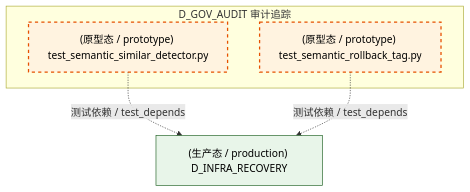
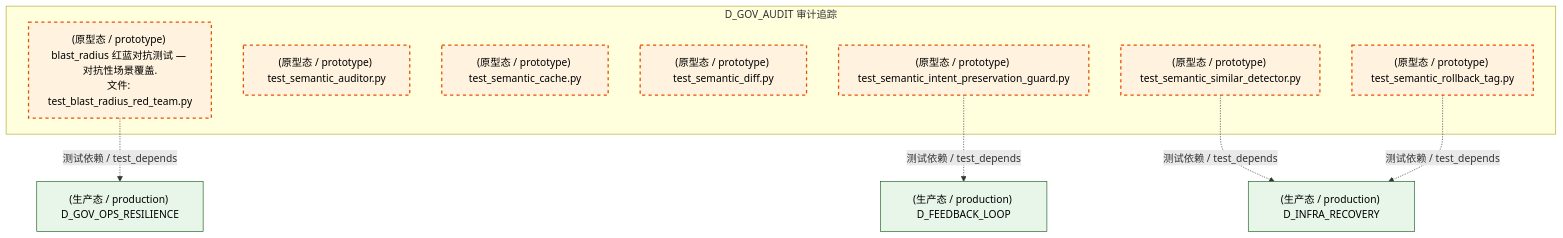
The tenth of 14 diagrams in docs/02_enterprise_architecture/02_domain_architecture_docs/39_d_gov_audit.md (xuanFelixVan/ZephyrAlpha), drawn with Mermaid before and after one commit. The commit also changed other lines of this file and 126 other files, not shown here.

````diff
--- a/docs/02_enterprise_architecture/02_domain_architecture_docs/39_d_gov_audit.md
+++ b/docs/02_enterprise_architecture/02_domain_architecture_docs/39_d_gov_audit.md
@@ -954,16 +964,25 @@
 ```mermaid
 graph TD
     subgraph D_GOV_AUDIT["D_GOV_AUDIT 审计追踪"]
+        tests_semantic_auditor_test_blast_radius_red_team_py["(原型态 / prototype) blast_radius 红蓝对抗测试 — 对抗性场景覆盖.<br/>文件: test_blast_radius_red_team.py"]
+        tests_semantic_auditor_test_semantic_auditor_py["(原型态 / prototype) test_semantic_auditor.py"]
+        tests_semantic_auditor_test_semantic_cache_py["(原型态 / prototype) test_semantic_cache.py"]
+        tests_semantic_auditor_test_semantic_diff_py["(原型态 / prototype) test_semantic_diff.py"]
+        tests_semantic_auditor_test_semantic_intent_preservation_guard_py["(原型态 / prototype) test_semantic_intent_preservation_guard.py"]
         tests_semantic_auditor_test_semantic_rollback_tag_py["(原型态 / prototype) test_semantic_rollback_tag.py"]
         tests_semantic_auditor_test_semantic_similar_detector_py["(原型态 / prototype) test_semantic_similar_detector.py"]
     end
+    D_GOV_OPS_RESILIENCE["(生产态 / production) D_GOV_OPS_RESILIENCE"]
+    tests_semantic_auditor_test_blast_radius_red_team_py -.->|测试依赖 / test_depends| D_GOV_OPS_RESILIENCE
+    D_FEEDBACK_LOOP["(生产态 / production) D_FEEDBACK_LOOP"]
+    tests_semantic_auditor_test_semantic_intent_preservation_guard_py -.->|测试依赖 / test_depends| D_FEEDBACK_LOOP
     D_INFRA_RECOVERY["(生产态 / production) D_INFRA_RECOVERY"]
     tests_semantic_auditor_test_semantic_similar_detector_py -.->|测试依赖 / test_depends| D_INFRA_RECOVERY
     tests_semantic_auditor_test_semantic_rollback_tag_py -.->|测试依赖 / test_depends| D_INFRA_RECOVERY
     classDef production fill:#e1f5fe,stroke:#01579b,stroke-width:2px,color:#000
     classDef design fill:#fff3e0,stroke:#e65100,stroke-width:2px,color:#000,stroke-dasharray: 5 5
     classDef external_prod fill:#e8f5e9,stroke:#1b5e20,stroke-width:1px,color:#000
     classDef external_design fill:#fce4ec,stroke:#880e4f,stroke-width:1px,color:#000,stroke-dasharray: 5 5
-    class tests_semantic_auditor_test_semantic_rollback_tag_py,tests_semantic_auditor_test_semantic_similar_detector_py design
-    class D_INFRA_RECOVERY external_prod
+    class tests_semantic_auditor_test_blast_radius_red_team_py,tests_semantic_auditor_test_semantic_auditor_py,tests_semantic_auditor_test_semantic_cache_py,tests_semantic_auditor_test_semantic_diff_py,tests_semantic_auditor_test_semantic_intent_preservation_guard_py,tests_semantic_auditor_test_semantic_rollback_tag_py,tests_semantic_auditor_test_semantic_similar_detector_py design
+    class D_GOV_OPS_RESILIENCE,D_FEEDBACK_LOOP,D_INFRA_RECOVERY external_prod
 ```
````
